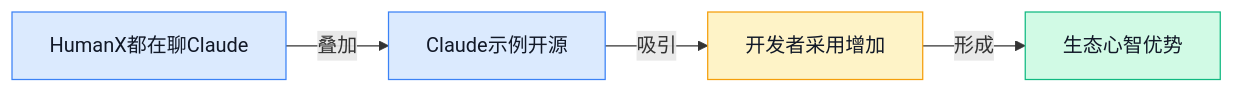
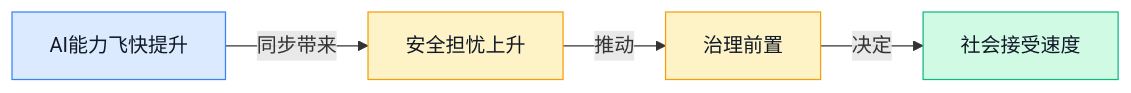
One commit to ylzsdafei/ai-daily-site changed the third of 8 diagrams in content/cn/blog/weekly/2026-W16.md. Above: the diagram before and after it, drawn with Mermaid. The commit also changed other lines of this file and 6 other files, not shown here.

````diff
--- a/content/cn/blog/weekly/2026-W16.md
+++ b/content/cn/blog/weekly/2026-W16.md
@@ -81,10 +87,12 @@
 ```mermaid
 graph LR
-A[HumanX都在聊Claude] -->|叠加| B[Claude示例开源] -->|吸引| C[开发者采用增加] -->|形成| D[生态心智优势]
+A[AI能力飞快提升] -->|同步带来| B[安全担忧上升]
+B -->|推动| C[治理前置]
+C -->|决定| D[社会接受速度]
 classDef blue fill:#dbeafe,stroke:#3b82f6,color:#111827
 classDef yellow fill:#fef3c7,stroke:#f59e0b,color:#111827
 classDef green fill:#d1fae5,stroke:#10b981,color:#111827
-class A,B blue
-class C yellow
+class A blue
+class B,C yellow
 class D green
 ```
````
